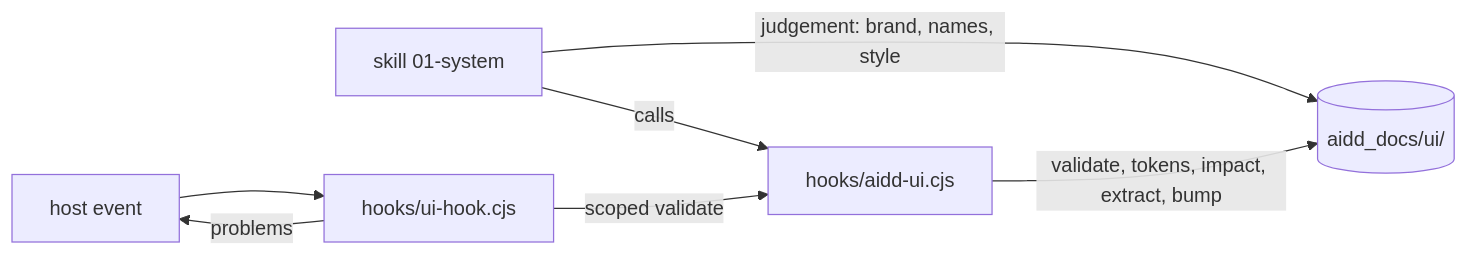
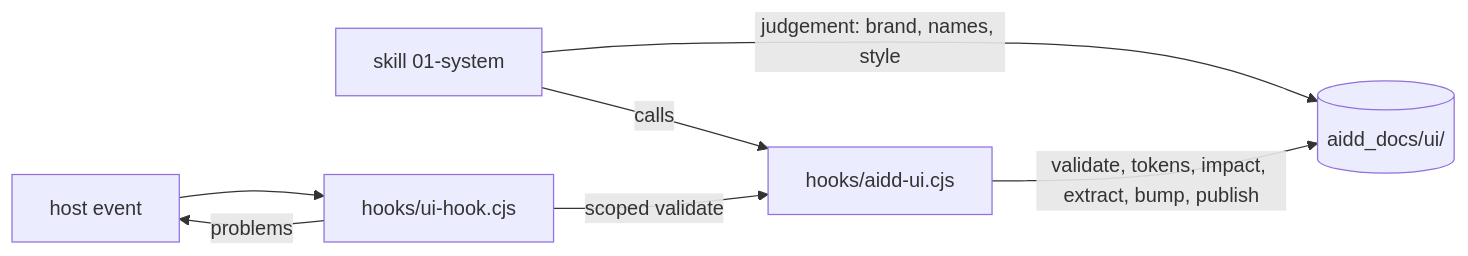
One commit to ai-driven-dev/framework changed the diagram in plugins/aidd-ui/README.md. Above: the diagram before and after it, drawn with Mermaid. The commit also changed other lines of this file and 19 other files, not shown here.

````diff
--- a/plugins/aidd-ui/README.md
+++ b/plugins/aidd-ui/README.md
@@ -21,9 +20,9 @@
 ```mermaid
 flowchart LR
   Skill["skill 01-system"] -->|"judgement: brand, names, style"| Docs[("aidd_docs/ui/")]
   Skill -->|"calls"| Engine["hooks/aidd-ui.cjs"]
-  Engine -->|"validate, tokens, impact, extract, bump"| Docs
+  Engine -->|"validate, tokens, impact, extract, bump, publish"| Docs
   Host["host event"] --> Hook["hooks/ui-hook.cjs"]
   Hook -->|"scoped validate"| Engine
   Hook -->|"problems"| Host
 ```
````
